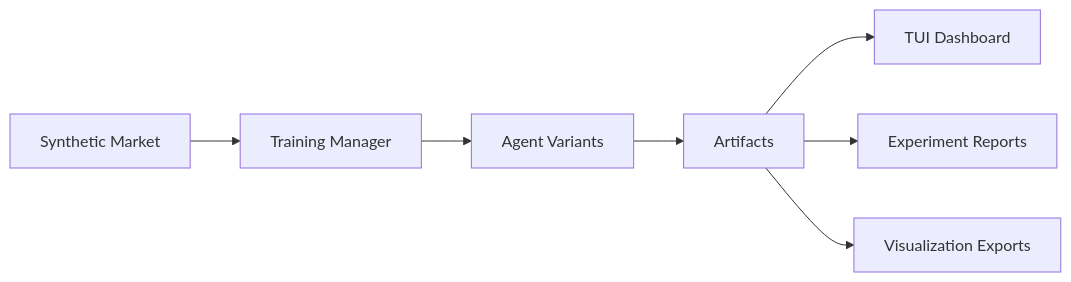
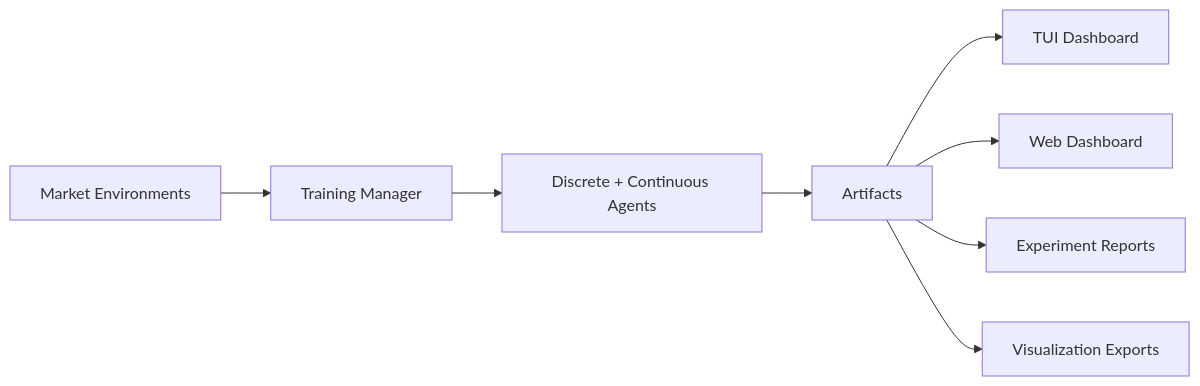
Before and after one commit to whenpoem/RegimeForge-RL-: the diagram in README.md, drawn with Mermaid. The commit also changed other lines of this file and 8 other files, not shown here.

````diff
--- a/README.md
+++ b/README.md
@@ -33,9 +36,10 @@
 ```mermaid
 flowchart LR
-    A["Synthetic Market"] --> B["Training Manager"]
-    B --> C["Agent Variants"]
+    A["Market Environments"] --> B["Training Manager"]
+    B --> C["Discrete + Continuous Agents"]
     C --> D["Artifacts"]
     D --> E["TUI Dashboard"]
-    D --> F["Experiment Reports"]
-    D --> G["Visualization Exports"]
+    D --> F["Web Dashboard"]
+    D --> G["Experiment Reports"]
+    D --> H["Visualization Exports"]
 ```
````
